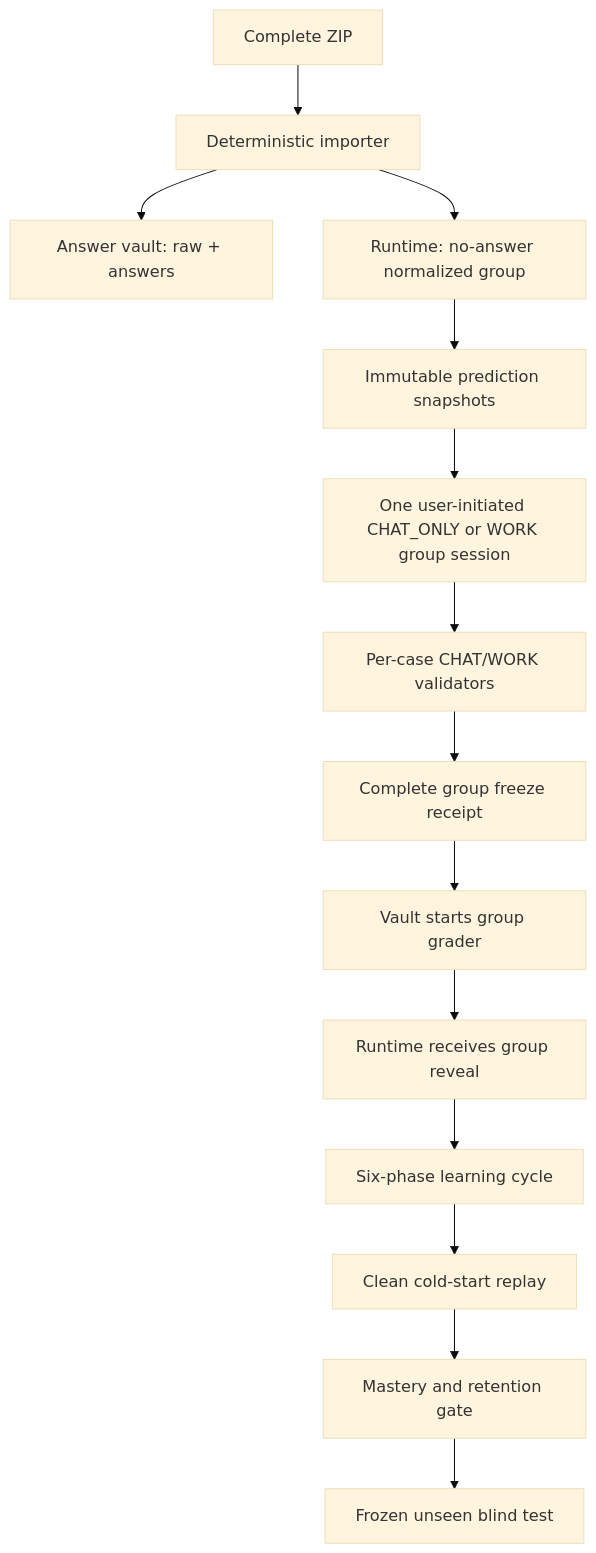
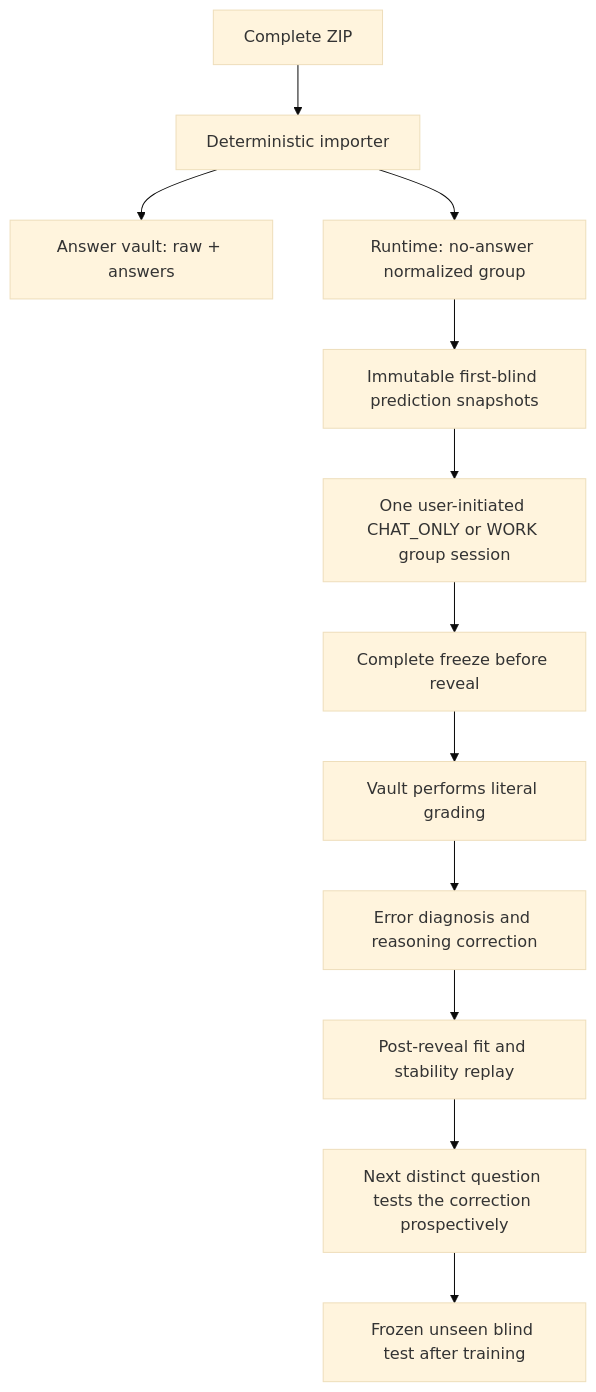
One commit to chinaneedM/ziwei-bazi-model changed the diagram in README.md. Above: the diagram before and after it, drawn with Mermaid (base theme). The commit also changed other lines of this file, not shown here.

Commit message:
Document first-blind-only training model

````diff
--- a/README.md
+++ b/README.md
@@ -56,16 +57,14 @@
 ```mermaid
 flowchart TD
     ZIP["Complete ZIP"] --> IMP["Deterministic importer"]
     IMP --> V["Answer vault: raw + answers"]
     IMP --> N["Runtime: no-answer normalized group"]
-    N --> S["Immutable prediction snapshots"]
+    N --> S["Immutable first-blind prediction snapshots"]
     S --> C["One user-initiated CHAT_ONLY or WORK group session"]
-    C --> H["Per-case CHAT/WORK validators"]
-    H --> F["Complete group freeze receipt"]
-    F --> G["Vault starts group grader"]
-    G --> R["Runtime receives group reveal"]
-    R --> L["Six-phase learning cycle"]
-    L --> CR["Clean cold-start replay"]
-    CR --> M["Mastery and retention gate"]
-    M --> U["Frozen unseen blind test"]
+    C --> F["Complete freeze before reveal"]
+    F --> G["Vault performs literal grading"]
+    G --> D["Error diagnosis and reasoning correction"]
+    D --> R["Post-reveal fit and stability replay"]
+    R --> Q["Next distinct question tests the correction prospectively"]
+    Q --> U["Frozen unseen blind test after training"]
 ```
````
